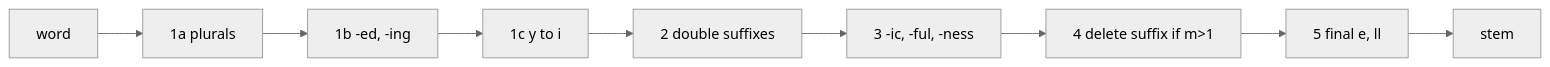
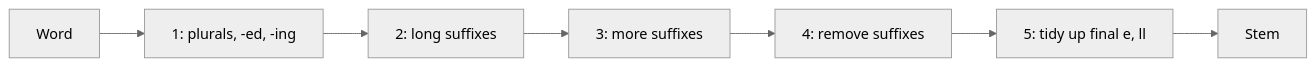
Before and after one commit to TrendySloth1001/sem-seven-notes: the diagram in content/natural-language-processing/pyq/2023-05-ce/q5b.mdx, drawn with Mermaid (neutral theme). The commit also changed other lines of this file and 406 other files, not shown here.

````diff
--- a/content/natural-language-processing/pyq/2023-05-ce/q5b.mdx
+++ b/content/natural-language-processing/pyq/2023-05-ce/q5b.mdx
@@ -13,12 +17,10 @@
 ```mermaid
-%% caption: The five Porter steps run in order, each on the output of the one before.
+%% caption: The five steps of the Porter stemmer. Rules in each step fire only if the condition on the stem is true.
 flowchart LR
-  A["word"] --> B["1a plurals"]
-  B --> C["1b -ed, -ing"]
-  C --> D["1c y to i"]
-  D --> E["2 double suffixes"]
-  E --> F["3 -ic, -ful, -ness"]
-  F --> G["4 delete suffix if m>1"]
-  G --> H["5 final e, ll"]
-  H --> I["stem"]
+  A["Word"] --> B["1: plurals, -ed, -ing"]
+  B --> C["2: long suffixes"]
+  C --> D["3: more suffixes"]
+  D --> E["4: remove suffixes"]
+  E --> F["5: tidy up final e, ll"]
+  F --> G["Stem"]
 ```
````
